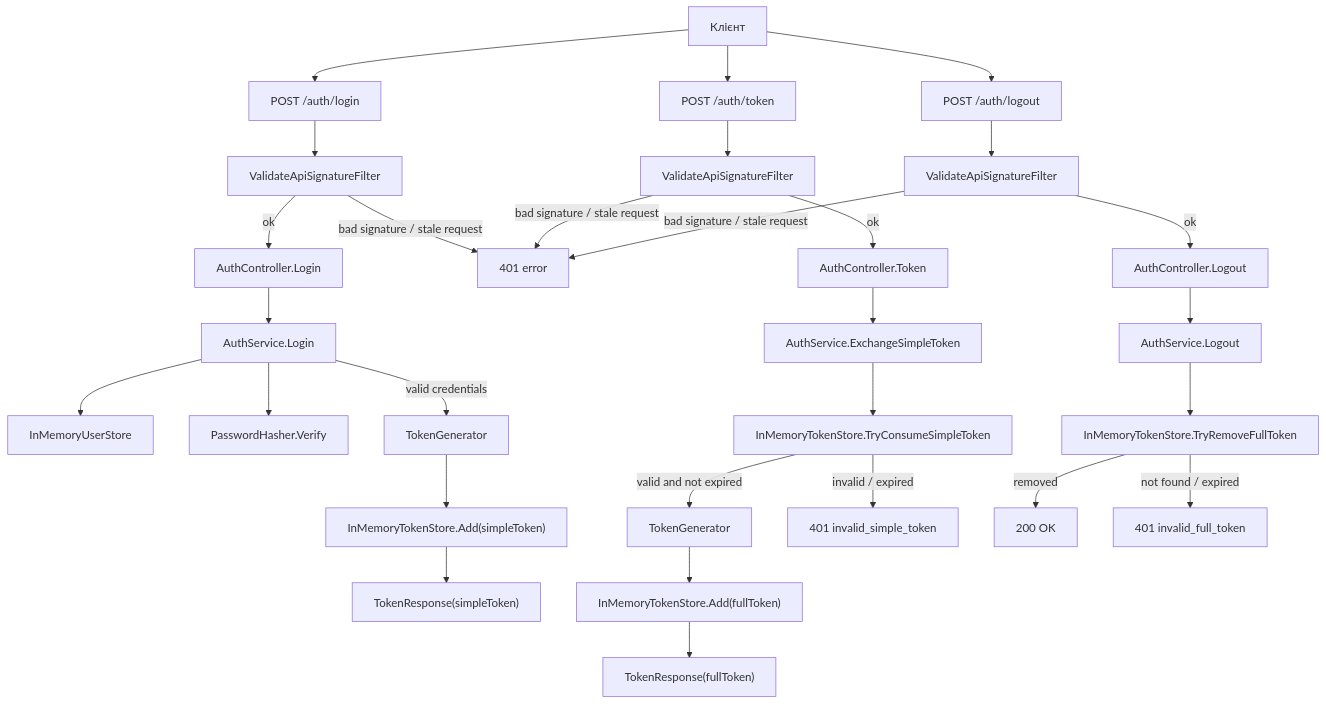
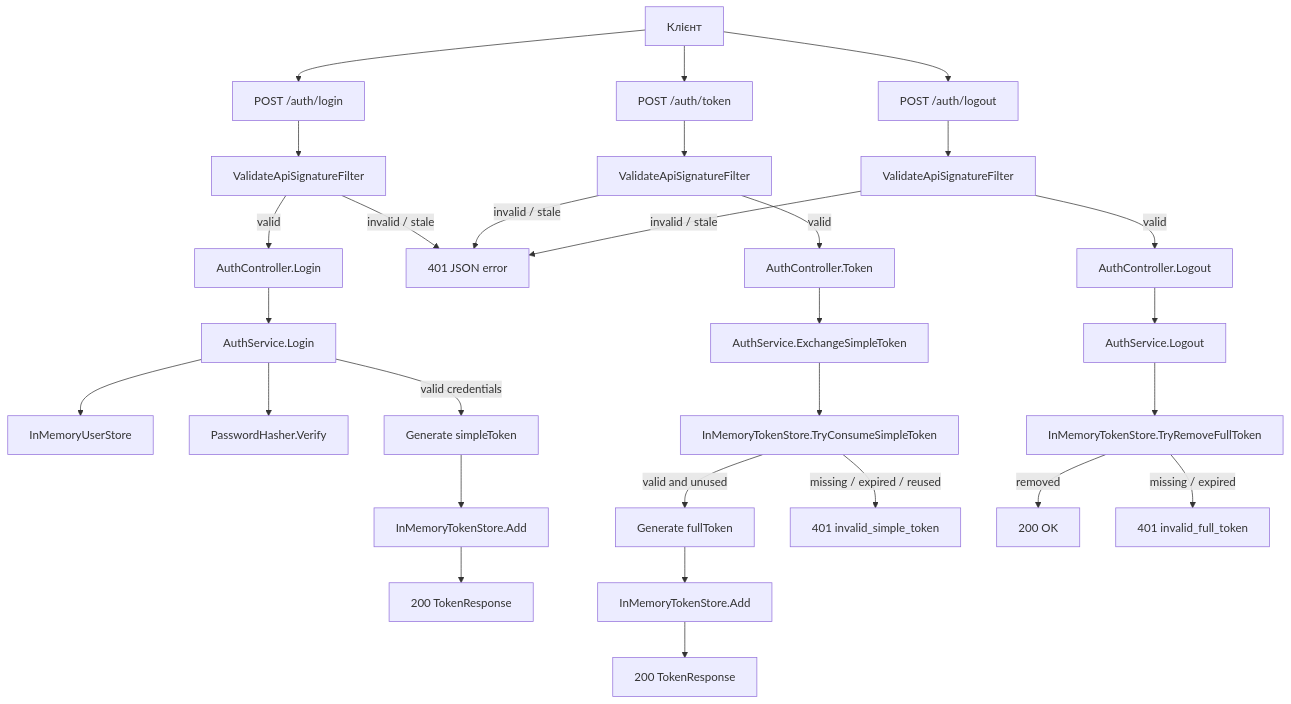
The first of 3 diagrams in docs/ArchitectureDiagrams.md (4aarodei/SecureAuth), drawn with Mermaid before and after one commit. The commit also changed other lines of this file and 18 other files, not shown here.

````diff
--- a/docs/ArchitectureDiagrams.md
+++ b/docs/ArchitectureDiagrams.md
@@ -26,33 +7,33 @@
 ```mermaid
 flowchart TD
-    A["Клієнт"] --> B["POST /auth/login"]
-    B --> C["ValidateApiSignatureFilter"]
-    C -->|ok| D["AuthController.Login"]
-    C -->|bad signature / stale request| X["401 error"]
-    D --> E["AuthService.Login"]
-    E --> F["InMemoryUserStore"]
-    E --> G["PasswordHasher.Verify"]
-    E -->|valid credentials| H["TokenGenerator"]
-    H --> I["InMemoryTokenStore.Add(simpleToken)"]
-    I --> J["TokenResponse(simpleToken)"]
+    Client["Клієнт"] --> Login["POST /auth/login"]
+    Login --> Signature1["ValidateApiSignatureFilter"]
+    Signature1 -->|valid| LoginAction["AuthController.Login"]
+    Signature1 -->|invalid / stale| AuthError["401 JSON error"]
+    LoginAction --> AuthLogin["AuthService.Login"]
+    AuthLogin --> Users["InMemoryUserStore"]
+    AuthLogin --> Hasher["PasswordHasher.Verify"]
+    AuthLogin -->|valid credentials| SimpleToken["Generate simpleToken"]
+    SimpleToken --> TokenStore1["InMemoryTokenStore.Add"]
+    TokenStore1 --> SimpleResponse["200 TokenResponse"]
 
-    A --> K["POST /auth/token"]
-    K --> L["ValidateApiSignatureFilter"]
-    L -->|ok| M["AuthController.Token"]
-    L -->|bad signature / stale request| X
-    M --> N["AuthService.ExchangeSimpleToken"]
-    N --> O["InMemoryTokenStore.TryConsumeSimpleToken"]
-    O -->|valid and not expired| P["TokenGenerator"]
-    P --> Q["InMemoryTokenStore.Add(fullToken)"]
-    Q --> R["TokenResponse(fullToken)"]
-    O -->|invalid / expired| Y["401 invalid_simple_token"]
+    Client --> Exchange["POST /auth/token"]
+    Exchange --> Signature2["ValidateApiSignatureFilter"]
+    Signature2 -->|valid| TokenAction["AuthController.Token"]
+    Signature2 -->|invalid / stale| AuthError
+    TokenAction --> ExchangeService["AuthService.ExchangeSimpleToken"]
+    ExchangeService --> Consume["InMemoryTokenStore.TryConsumeSimpleToken"]
+    Consume -->|valid and unused| FullToken["Generate fullToken"]
+    Consume -->|missing / expired / reused| SimpleError["401 invalid_simple_token"]
+    FullToken --> TokenStore2["InMemoryTokenStore.Add"]
+    TokenStore2 --> FullResponse["200 TokenResponse"]
 
-    A --> S["POST /auth/logout"]
-    S --> T["ValidateApiSignatureFilter"]
-    T -->|ok| U["AuthController.Logout"]
-    T -->|bad signature / stale request| X
-    U --> V["AuthService.Logout"]
-    V --> W["InMemoryTokenStore.TryRemoveFullToken"]
-    W -->|removed| Z["200 OK"]
-    W -->|not found / expired| AA["401 invalid_full_token"]
+    Client --> Logout["POST /auth/logout"]
+    Logout --> Signature3["ValidateApiSignatureFilter"]
+    Signature3 -->|valid| LogoutAction["AuthController.Logout"]
+    Signature3 -->|invalid / stale| AuthError
+    LogoutAction --> LogoutService["AuthService.Logout"]
+    LogoutService --> RemoveFull["InMemoryTokenStore.TryRemoveFullToken"]
+    RemoveFull -->|removed| Ok["200 OK"]
+    RemoveFull -->|missing / expired| FullError["401 invalid_full_token"]
 ```
````
